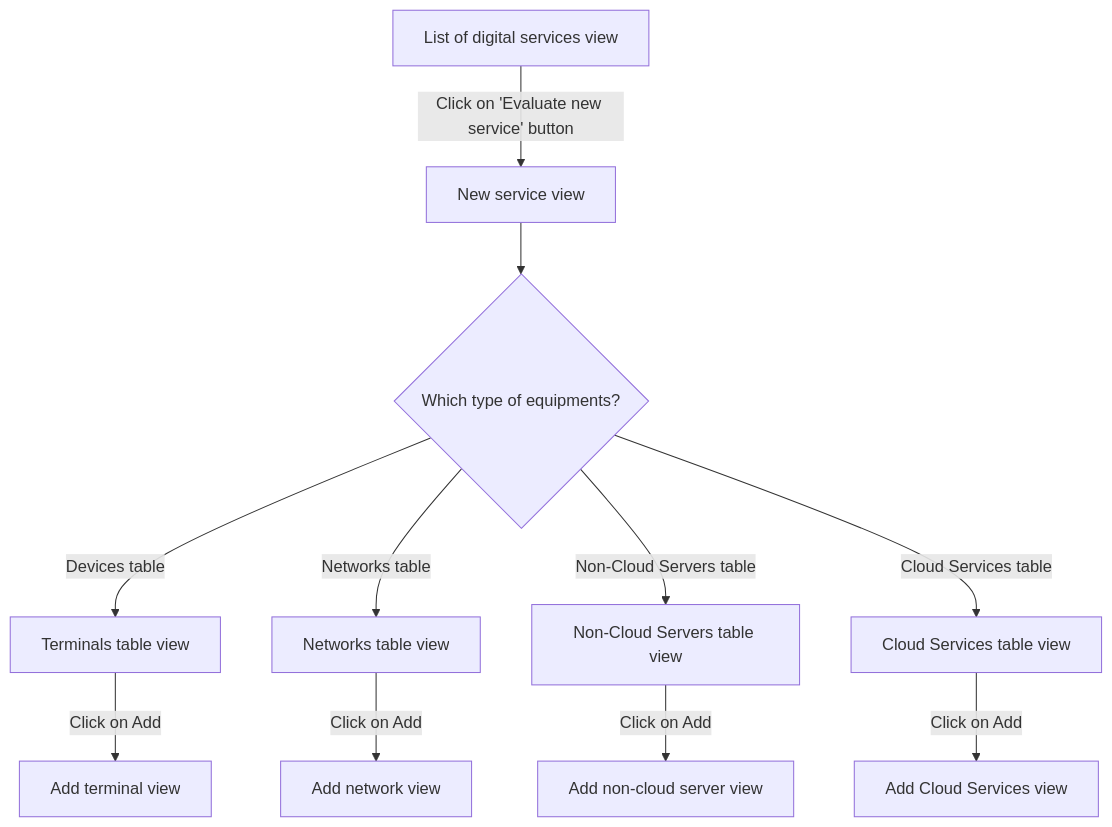
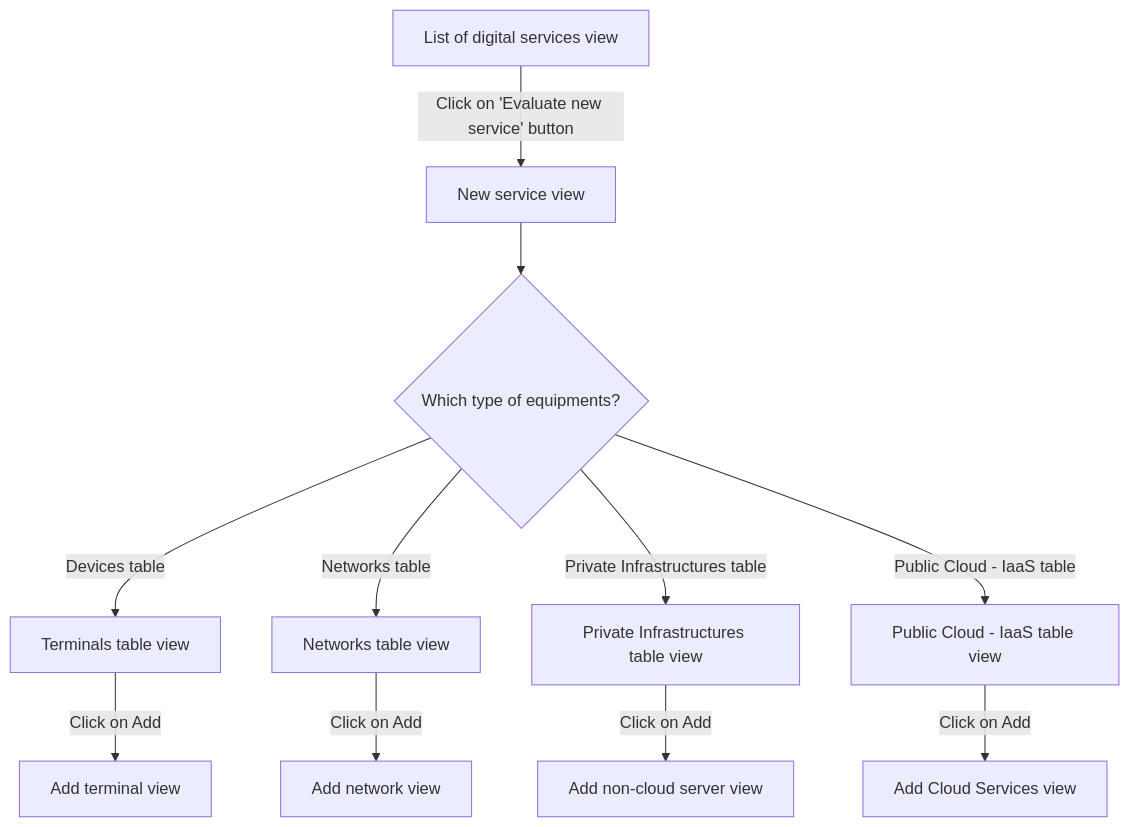
Before and after one commit to teamg4it/g4it: the first of 2 diagrams in services/documentation/content/2-functional-documentation/use_cases/uc_digital_services/uc2_create_visualize_digital_service.md, drawn with Mermaid. The commit also changed other lines of this file and 51 other files, not shown here.

```diff
--- a/services/documentation/content/2-functional-documentation/use_cases/uc_digital_services/uc2_create_visualize_digital_service.md
+++ b/services/documentation/content/2-functional-documentation/use_cases/uc_digital_services/uc2_create_visualize_digital_service.md
@@ -32,12 +32,12 @@
 {{< mermaid align="center">}}
 graph TD;
 Step1[List of digital services view] -->|Click on 'Evaluate new service' button| Step2[New service view] -->Decision1{Which type of equipments?}
 Decision1 -->|Devices table| Step3[Terminals table view]
 Decision1 -->|Networks table| Step4[Networks table view]
-Decision1 -->|Non-Cloud Servers table| Step5[Non-Cloud Servers table view]
-Decision1 -->|Cloud Services table| Step51[Cloud Services table view]
+Decision1 -->|Private Infrastructures table| Step5[Private Infrastructures table view]
+Decision1 -->|Public Cloud - IaaS  table| Step9[Public Cloud - IaaS table view]
 Step3 -->|Click on Add|Step6[Add terminal view]
 Step4 -->|Click on Add|Step7[Add network view]
 Step5 -->|Click on Add|Step8[Add non-cloud server view]
-Step51 -->|Click on Add|Step81[Add Cloud Services view]
+Step9 -->|Click on Add|Step10[Add Cloud Services view]
 {{< /mermaid >}}
```
